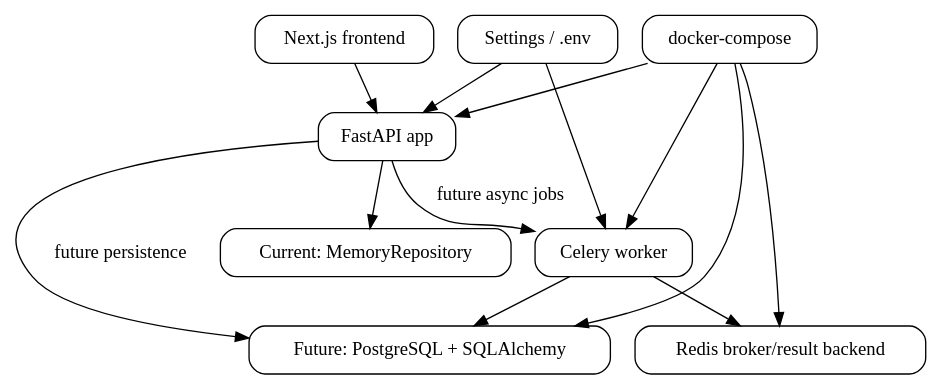
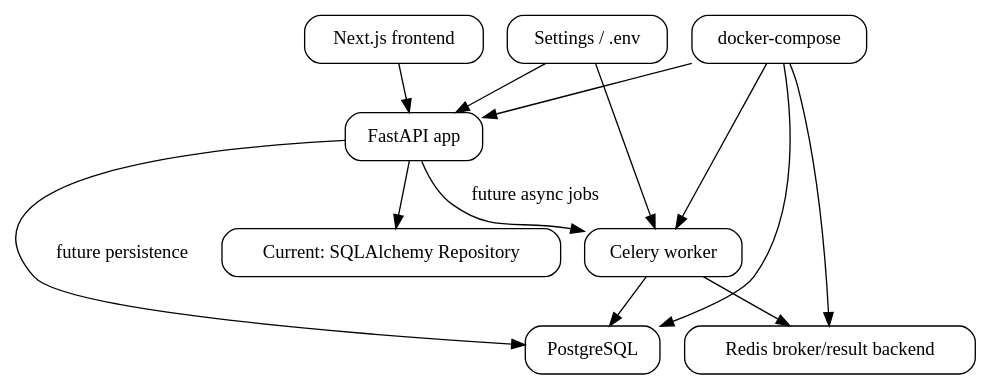
Before and after one commit to stnguswnd/marketing_AI: the eighth of 8 diagrams in docs/PROJECT_DIAGRAMS.md, drawn with Graphviz. The commit also changed other lines of this file and 108 other files, not shown here.

````diff
--- a/docs/PROJECT_DIAGRAMS.md
+++ b/docs/PROJECT_DIAGRAMS.md
@@ -339,28 +339,28 @@
 ```dot
 digraph RuntimeFlow {
   rankdir=TB;
   node [shape=box, style=rounded];
 
   Frontend [label="Next.js frontend"];
   API [label="FastAPI app"];
   Settings [label="Settings / .env"];
-  Repo [label="Current: MemoryRepository"];
-  DB [label="Future: PostgreSQL + SQLAlchemy"];
+  Repo [label="Current: SQLAlchemy Repository"];
+  DB [label="PostgreSQL"];
   Worker [label="Celery worker"];
   Broker [label="Redis broker/result backend"];
   Docker [label="docker-compose"];
 
   Frontend -> API;
   Settings -> API;
   Settings -> Worker;
   API -> Repo;
   API -> Worker [label="future async jobs"];
   Worker -> Broker;
   Worker -> DB;
   API -> DB [label="future persistence"];
   Docker -> API;
   Docker -> Worker;
   Docker -> Broker;
   Docker -> DB;
 }
 ```
````
